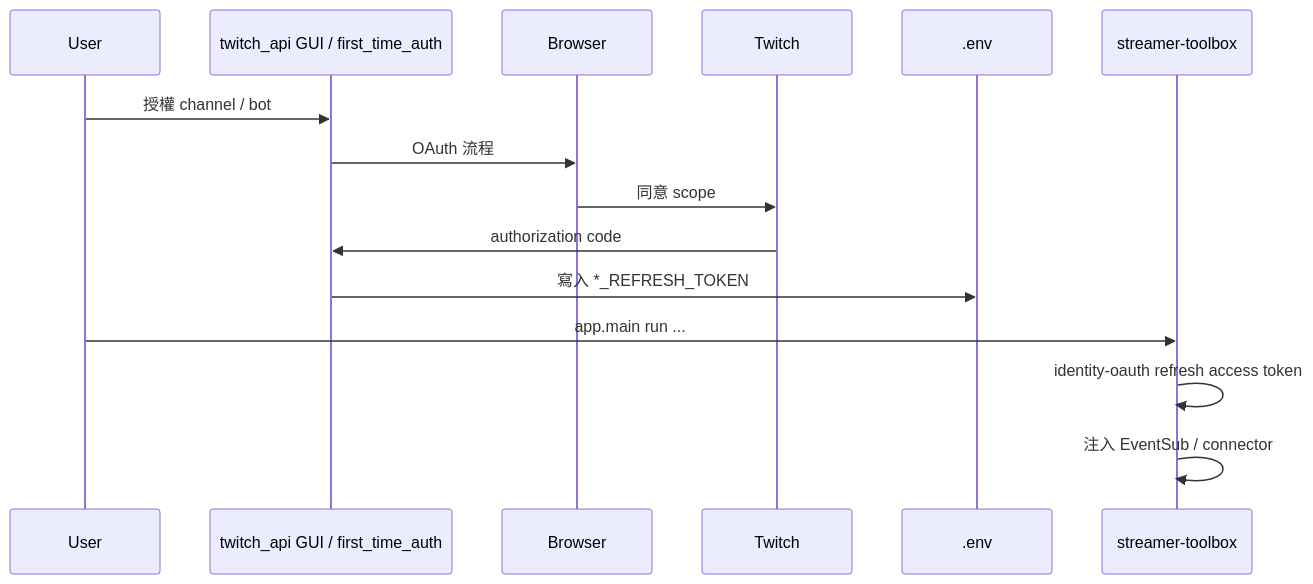
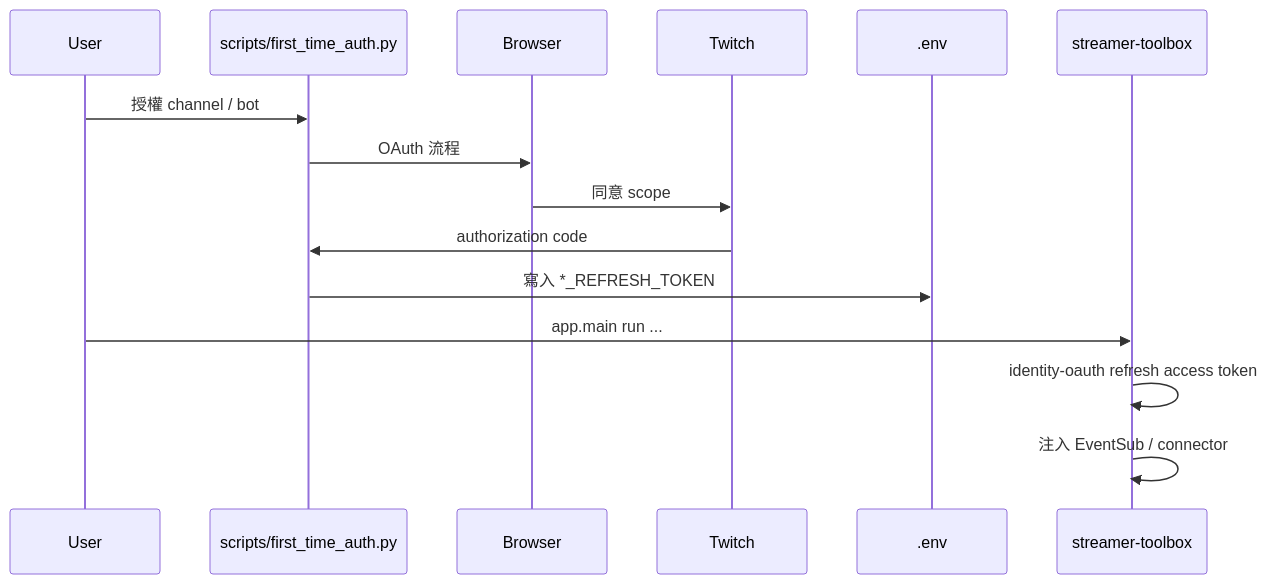
One commit to skymiku39/streamer_toolbox changed the first of 2 diagrams in docs/use-cases/04-oauth.md. Above: the diagram before and after it, drawn with Mermaid. The commit also changed other lines of this file and 15 other files, not shown here.

````diff
--- a/docs/use-cases/04-oauth.md
+++ b/docs/use-cases/04-oauth.md
@@ -33,18 +33,18 @@
 ```mermaid
 sequenceDiagram
     participant User
-    participant TA as twitch_api GUI / first_time_auth
+    participant CLI as scripts/first_time_auth.py
     participant Browser
     participant Twitch
     participant Env as .env
     participant TB as streamer-toolbox
 
-    User->>TA: 授權 channel / bot
-    TA->>Browser: OAuth 流程
+    User->>CLI: 授權 channel / bot
+    CLI->>Browser: OAuth 流程
     Browser->>Twitch: 同意 scope
-    Twitch->>TA: authorization code
-    TA->>Env: 寫入 *_REFRESH_TOKEN
+    Twitch->>CLI: authorization code
+    CLI->>Env: 寫入 *_REFRESH_TOKEN
     User->>TB: app.main run ...
     TB->>TB: identity-oauth refresh access token
     TB->>TB: 注入 EventSub / connector
 ```
````
